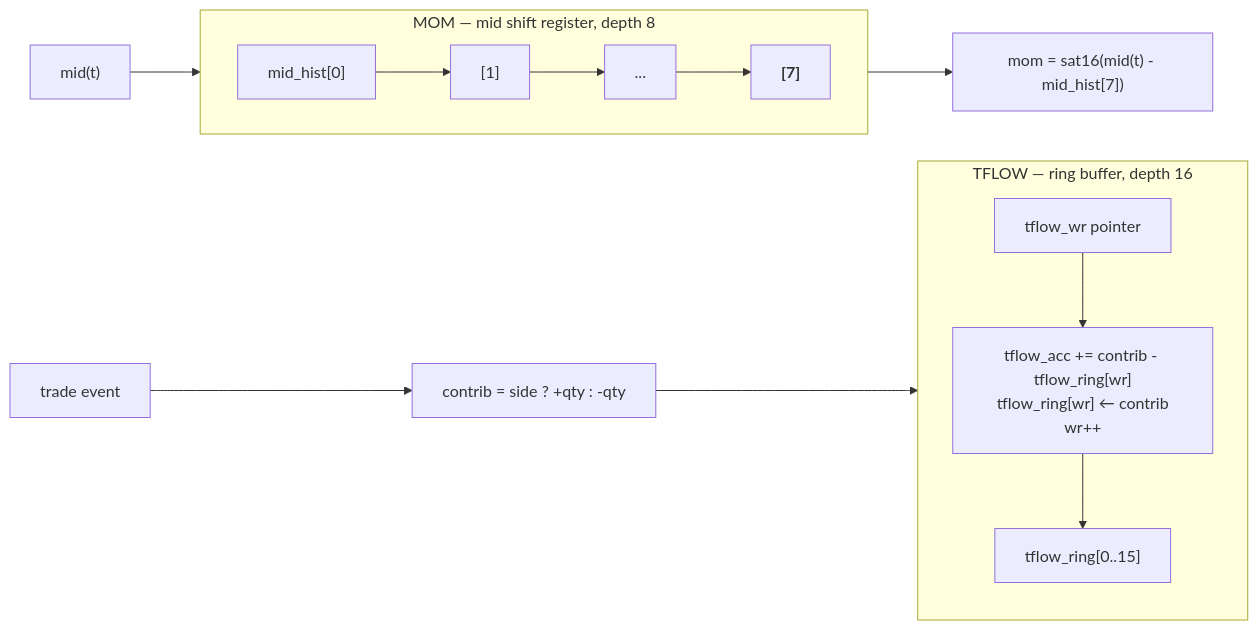
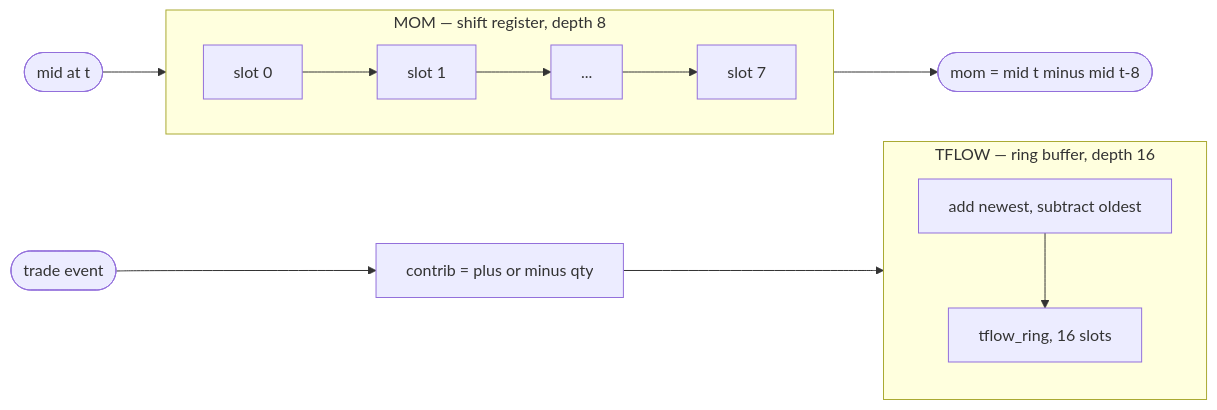
Before and after one commit to Rushmello369/fpga-feed-handler: the fourth of 6 diagrams in docs/diagrams/feature_engine.md, drawn with Mermaid. The commit also changed other lines of this file and 12 other files, not shown here.

Commit message:
add diagrams for system and module architectures

````diff
--- a/docs/diagrams/feature_engine.md
+++ b/docs/diagrams/feature_engine.md
@@ -123,20 +96,17 @@
 ```mermaid
 flowchart LR
-    subgraph MOM["MOM — mid shift register, depth 8"]
+    subgraph MOM["MOM — shift register, depth 8"]
         direction LR
-        M0["mid_hist[0]"] --> M1["[1]"] --> MD["..."] --> M7["<b>[7]</b>"]
+        M0[slot 0] --> M1[slot 1] --> MD[...] --> M7[slot 7]
     end
-    NEW["mid(t)"] --> M0
-    M7 --> DIFF["mom = sat16(mid(t) - mid_hist[7])"]
+    NEW([mid at t]) --> M0
+    M7 --> DIFF([mom = mid t minus mid t-8])
 
     subgraph TF["TFLOW — ring buffer, depth 16"]
         direction TB
-        RING["tflow_ring[0..15]"]
-        WR["tflow_wr pointer"]
-        SUM["tflow_acc += contrib - tflow_ring[wr]<br/>tflow_ring[wr] ← contrib<br/>wr++"]
+        SUM[add newest, subtract oldest]
+        RING[tflow_ring, 16 slots]
+        SUM --> RING
     end
-    TRADE["trade event"] --> CON["contrib = side ? +qty : -qty"]
-    CON --> SUM
-    SUM --> RING
-    WR --> SUM
+    TRADE([trade event]) --> CON[contrib = plus or minus qty] --> SUM
 ```
````
